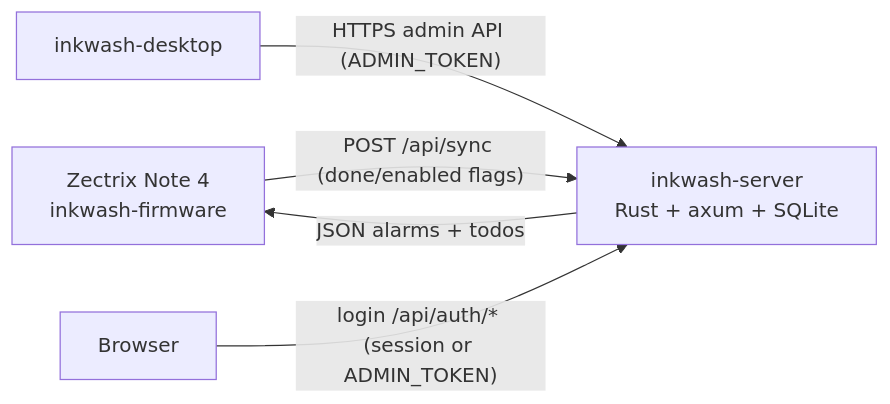
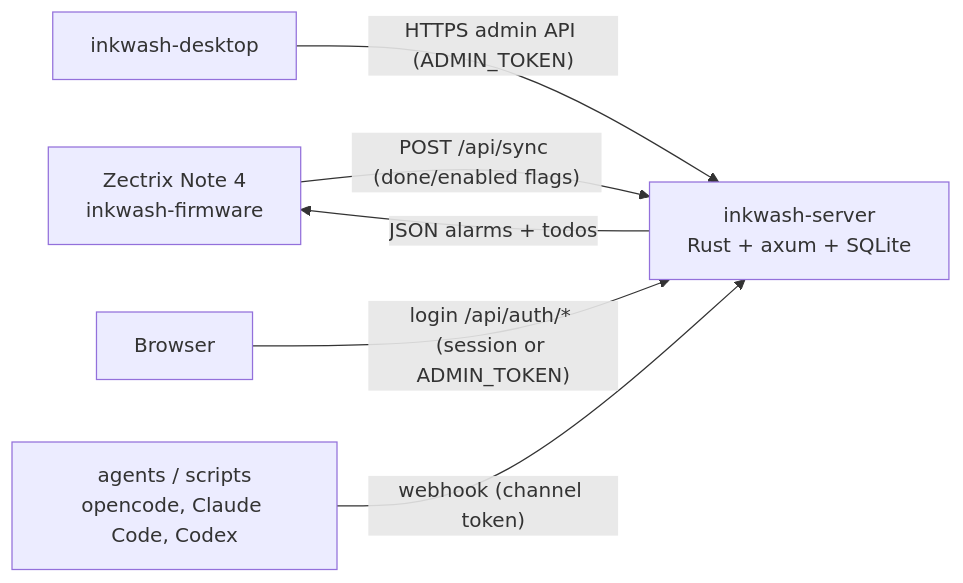
One commit to counhopig/inkwash-server changed the diagram in README.md. Above: the diagram before and after it, drawn with Mermaid. The commit also changed other lines of this file and 2 other files, not shown here.

````diff
--- a/README.md
+++ b/README.md
@@ -21,7 +22,8 @@
 ```mermaid
 flowchart LR
     D["Zectrix Note 4<br/>inkwash-firmware"] -->|"POST /api/sync (done/enabled flags)"| S["inkwash-server<br/>Rust + axum + SQLite"]
     S -->|"JSON alarms + todos"| D
     T["inkwash-desktop"] -->|"HTTPS admin API (ADMIN_TOKEN)"| S
     U["Browser"] -->|"login /api/auth/* (session or ADMIN_TOKEN)"| S
+    A["agents / scripts<br/>opencode, Claude Code, Codex"] -->|"webhook (channel token)"| S
 ```
````
